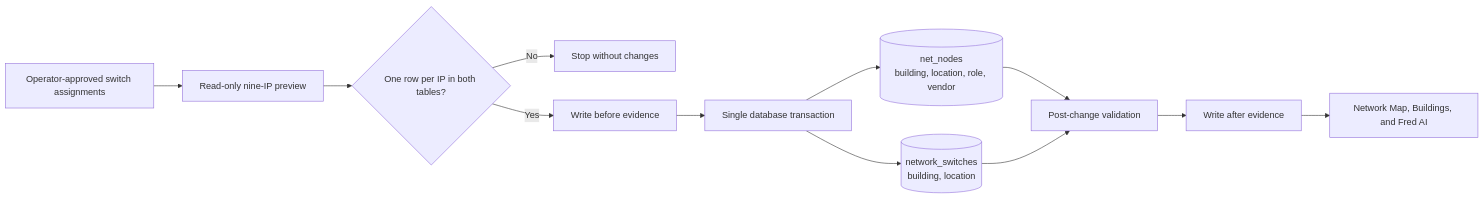
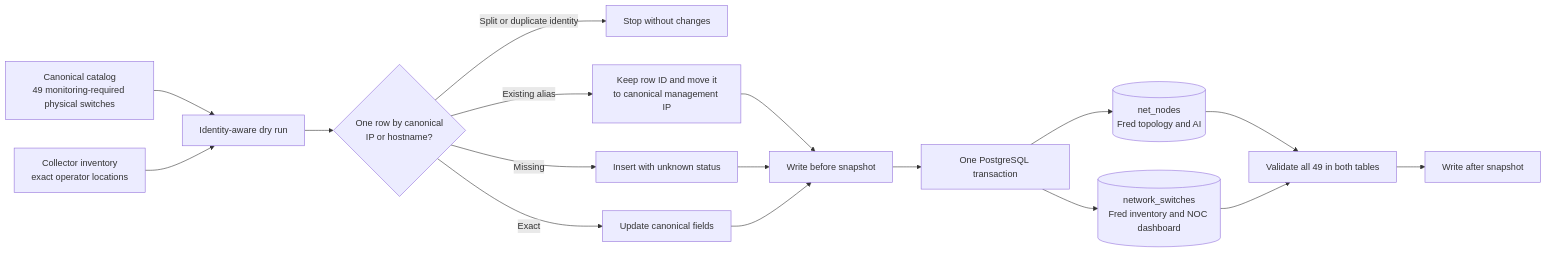
The diagram in docs/fred-switch-inventory-flow.mmd (OlderschCoder/Network-Insight-Hub), drawn with Mermaid before and after one commit. The commit also changed 4 other files, not shown here.

First line of the commit message:
Reconcile all Fred physical switches

```diff
--- a/docs/fred-switch-inventory-flow.mmd
+++ b/docs/fred-switch-inventory-flow.mmd
@@ -1,12 +1,17 @@
 flowchart LR
-  Request[Operator-approved switch assignments] --> Preview[Read-only nine-IP preview]
-  Preview --> Gate{One row per IP in both tables?}
-  Gate -->|No| Stop[Stop without changes]
-  Gate -->|Yes| Backup[Write before evidence]
-  Backup --> Transaction[Single database transaction]
-  Transaction --> Nodes[(net_nodes<br/>building, location, role, vendor)]
-  Transaction --> Inventory[(network_switches<br/>building, location)]
-  Nodes --> Verify[Post-change validation]
+  Catalog[Canonical catalog<br/>49 monitoring-required physical switches] --> Plan[Identity-aware dry run]
+  Collector[Collector inventory<br/>exact operator locations] --> Plan
+  Plan --> Match{One row by canonical<br/>IP or hostname?}
+  Match -->|Split or duplicate identity| Stop[Stop without changes]
+  Match -->|Existing alias| Move[Keep row ID and move it<br/>to canonical management IP]
+  Match -->|Missing| Insert[Insert with unknown status]
+  Match -->|Exact| Update[Update canonical fields]
+  Move --> Backup[Write before snapshot]
+  Insert --> Backup
+  Update --> Backup
+  Backup --> Transaction[One PostgreSQL transaction]
+  Transaction --> Nodes[(net_nodes<br/>Fred topology and AI)]
+  Transaction --> Inventory[(network_switches<br/>Fred inventory and NOC dashboard)]
+  Nodes --> Verify[Validate all 49 in both tables]
   Inventory --> Verify
-  Verify --> Evidence[Write after evidence]
-  Evidence --> Fred[Network Map, Buildings, and Fred AI]
+  Verify --> Evidence[Write after snapshot]
```
